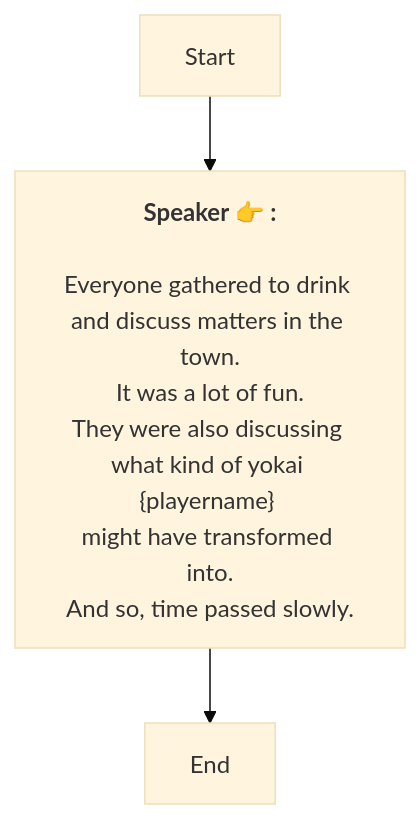
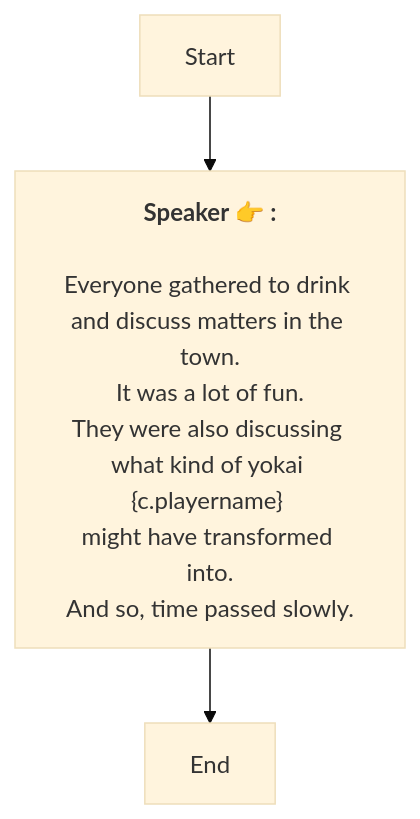
One commit to SoftHu/tos_avg changed the diagram in En/TeaMeeting.md. Above: the diagram before and after it, drawn with Mermaid (base theme). The commit also changed 410 other files, not shown here.

````diff
--- a/En/TeaMeeting.md
+++ b/En/TeaMeeting.md
@@ -1,9 +1,9 @@
 ```mermaid
 graph
 Start -->1744563134647583[<b>Speaker 👉 :</b>
 \nEveryone gathered to drink and discuss matters in the town.
-It was a lot of fun.\nThey were also discussing what kind of yokai &lbrace;playername&rbrace; 
+It was a lot of fun.\nThey were also discussing what kind of yokai &lbrace;c.playername&rbrace; 
 might have transformed into.\nAnd so, time passed slowly.]
 1744563134647583 -->1744563216549152[End]
 
 ```
````
